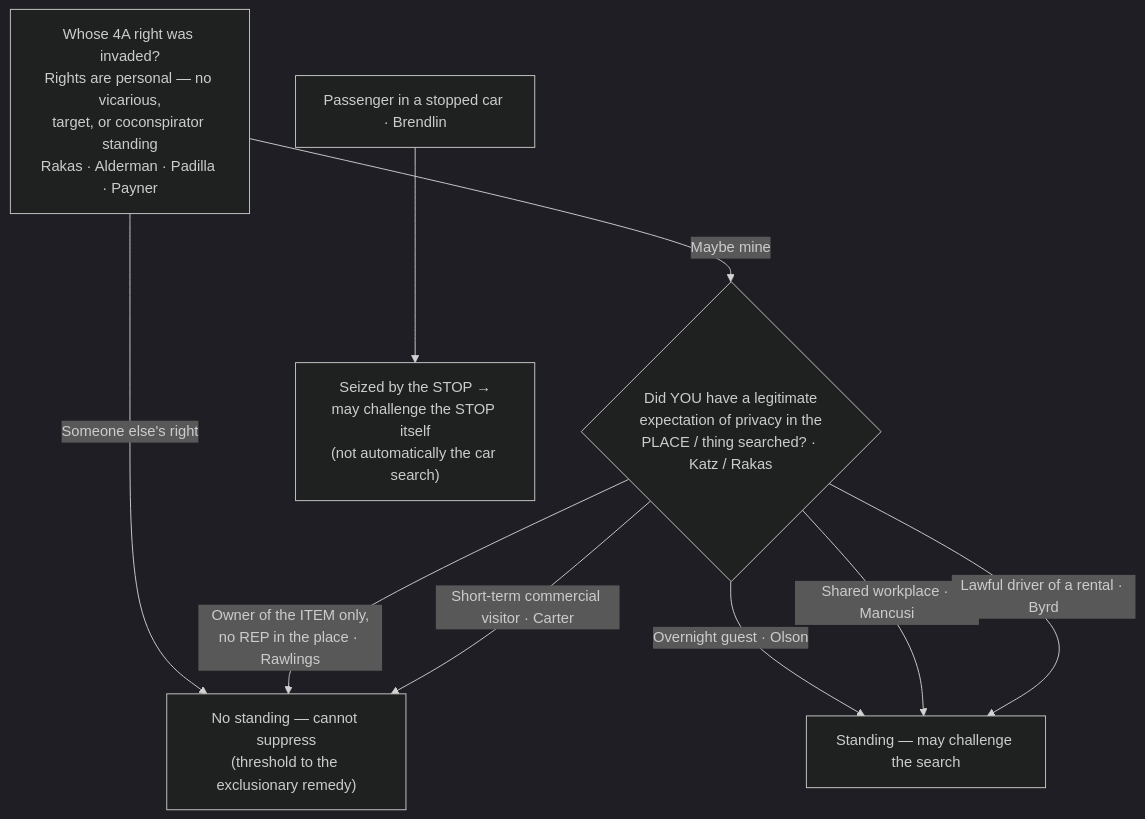
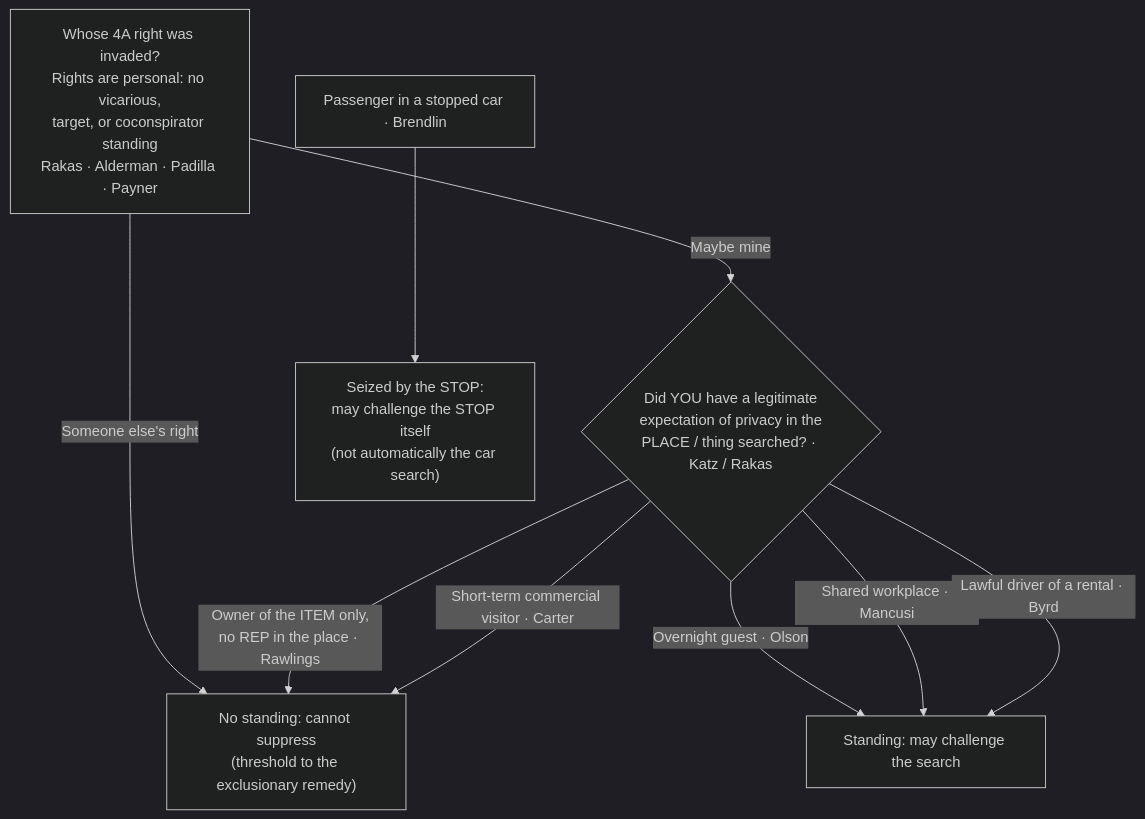
Before and after one commit to Enragedsaturday/enragedsaturday.github.io: the diagram in content/the-exclusionary-rule-remedies-and-standing/Standing to Challenge a Search.md, drawn with Mermaid (dark theme). The commit also changed other lines of this file and 50 other files, not shown here.

````diff
--- a/content/the-exclusionary-rule-remedies-and-standing/Standing to Challenge a Search.md
+++ b/content/the-exclusionary-rule-remedies-and-standing/Standing to Challenge a Search.md
@@ -87,11 +104,11 @@
 ```mermaid
 flowchart TD
-  A["Whose 4A right was invaded?<br/>Rights are personal — no vicarious,<br/>target, or coconspirator standing<br/>Rakas · Alderman · Padilla · Payner"] -->|"Someone else's right"| N["No standing — cannot suppress<br/>(threshold to the exclusionary remedy)"]
+  A["Whose 4A right was invaded?<br/>Rights are personal: no vicarious,<br/>target, or coconspirator standing<br/>Rakas · Alderman · Padilla · Payner"] -->|"Someone else's right"| N["No standing: cannot suppress<br/>(threshold to the exclusionary remedy)"]
   A -->|"Maybe mine"| B{"Did YOU have a legitimate<br/>expectation of privacy in the<br/>PLACE / thing searched? · Katz / Rakas"}
   B -->|"Owner of the ITEM only,<br/>no REP in the place · Rawlings"| N
-  B -->|"Overnight guest · Olson"| Y["Standing — may challenge the search"]
+  B -->|"Overnight guest · Olson"| Y["Standing: may challenge the search"]
   B -->|"Short-term commercial visitor · Carter"| N
   B -->|"Shared workplace · Mancusi"| Y
   B -->|"Lawful driver of a rental · Byrd"| Y
-  P["Passenger in a stopped car · Brendlin"] --> S["Seized by the STOP →<br/>may challenge the STOP itself<br/>(not automatically the car search)"]
+  P["Passenger in a stopped car · Brendlin"] --> S["Seized by the STOP:<br/>may challenge the STOP itself<br/>(not automatically the car search)"]
 ```
````
